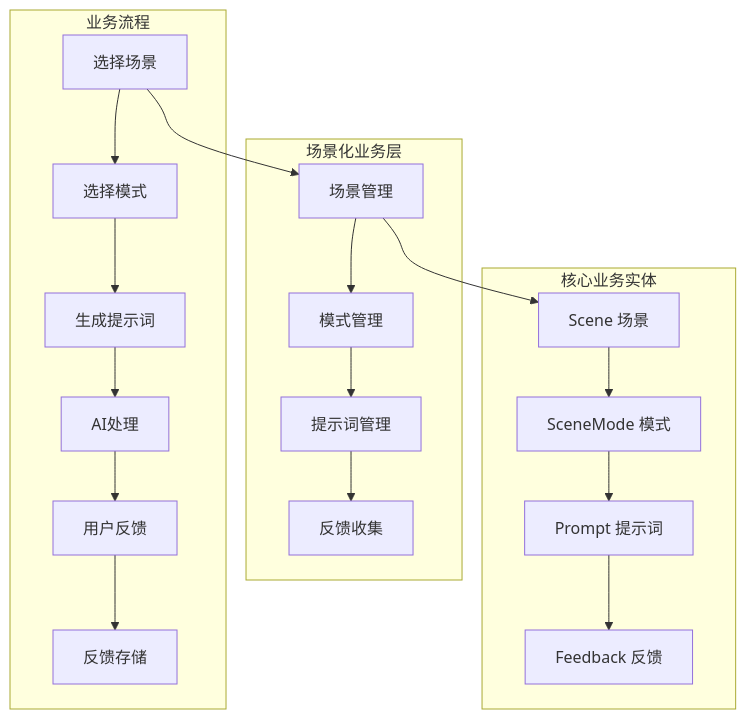
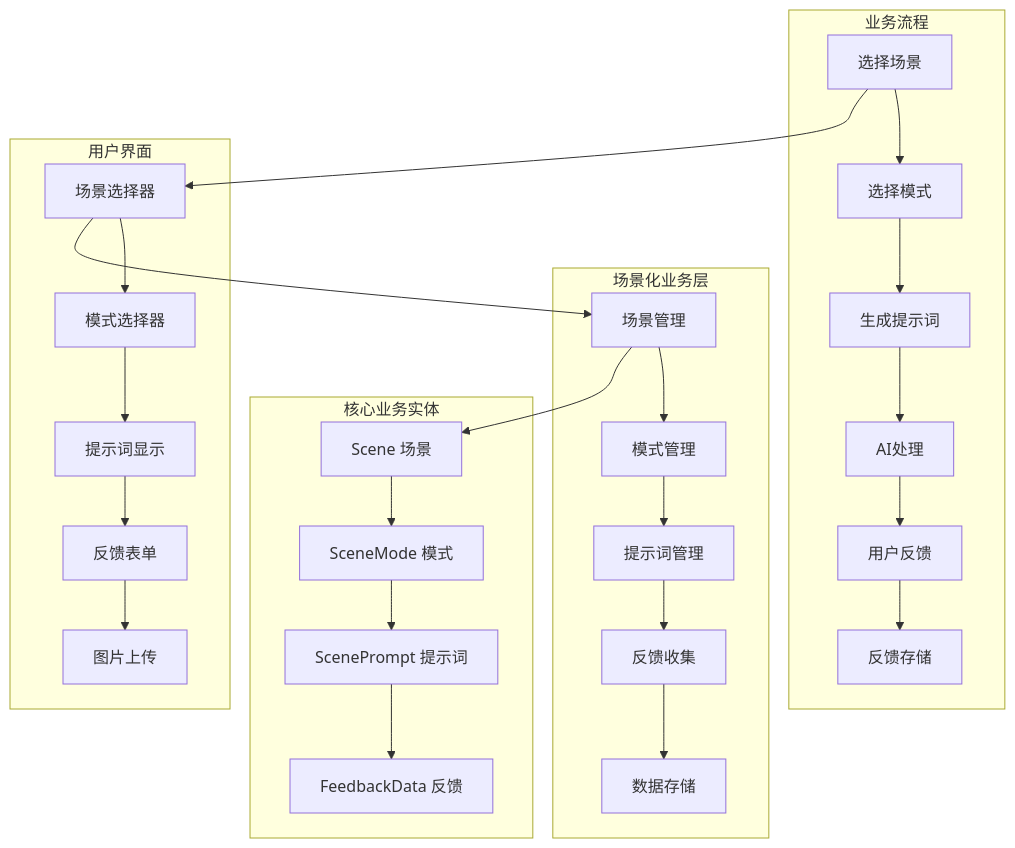
One commit to Songmengdi/mcp-feedback-collector changed the first of 8 diagrams in docs/模块层/前端模块/详细分析.md. Above: the diagram before and after it, drawn with Mermaid. The commit also changed other lines of this file and 37 other files, not shown here.

````diff
--- a/docs/模块层/前端模块/详细分析.md
+++ b/docs/模块层/前端模块/详细分析.md
@@ -29,25 +71,34 @@
 ```mermaid
 graph TB
     subgraph "场景化业务层"
         A[场景管理] --> B[模式管理]
         B --> C[提示词管理]
         C --> D[反馈收集]
+        D --> E[数据存储]
     end
     
     subgraph "核心业务实体"
-        E[Scene 场景] --> F[SceneMode 模式]
-        F --> G[Prompt 提示词]
-        G --> H[Feedback 反馈]
+        F[Scene 场景] --> G[SceneMode 模式]
+        G --> H[ScenePrompt 提示词]
+        H --> I[FeedbackData 反馈]
     end
     
     subgraph "业务流程"
-        I[选择场景] --> J[选择模式]
-        J --> K[生成提示词]
-        K --> L[AI处理]
-        L --> M[用户反馈]
-        M --> N[反馈存储]
+        J[选择场景] --> K[选择模式]
+        K --> L[生成提示词]
+        L --> M[AI处理]
+        M --> N[用户反馈]
+        N --> O[反馈存储]
     end
     
-    A --> E
-    I --> A
+    subgraph "用户界面"
+        P[场景选择器] --> Q[模式选择器]
+        Q --> R[提示词显示]
+        R --> S[反馈表单]
+        S --> T[图片上传]
+    end
+    
+    A --> F
+    J --> P
+    P --> A
 ```
````
